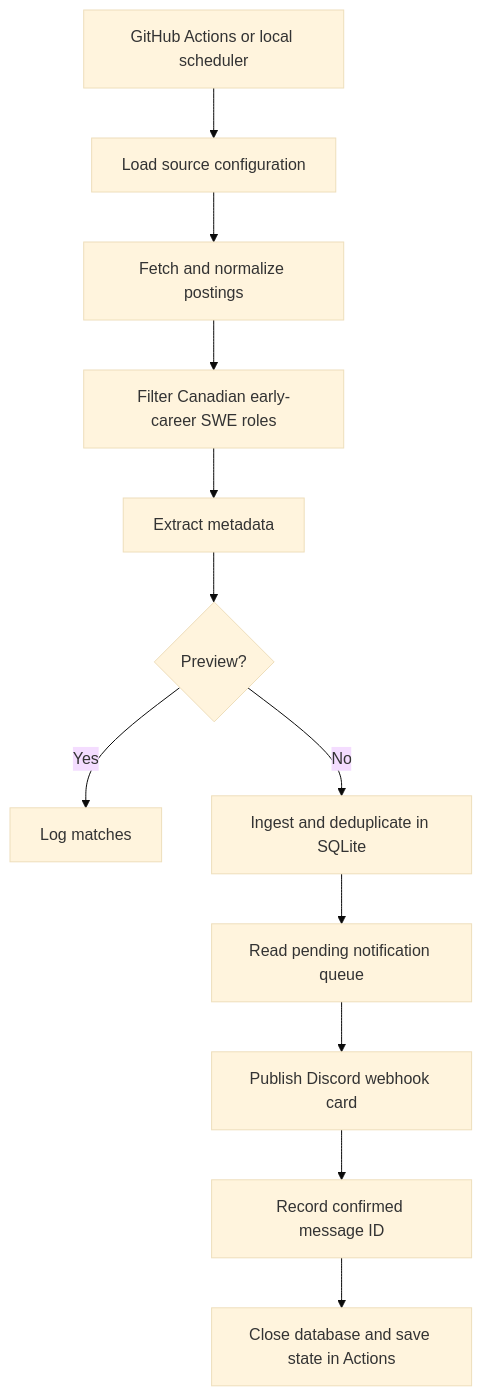
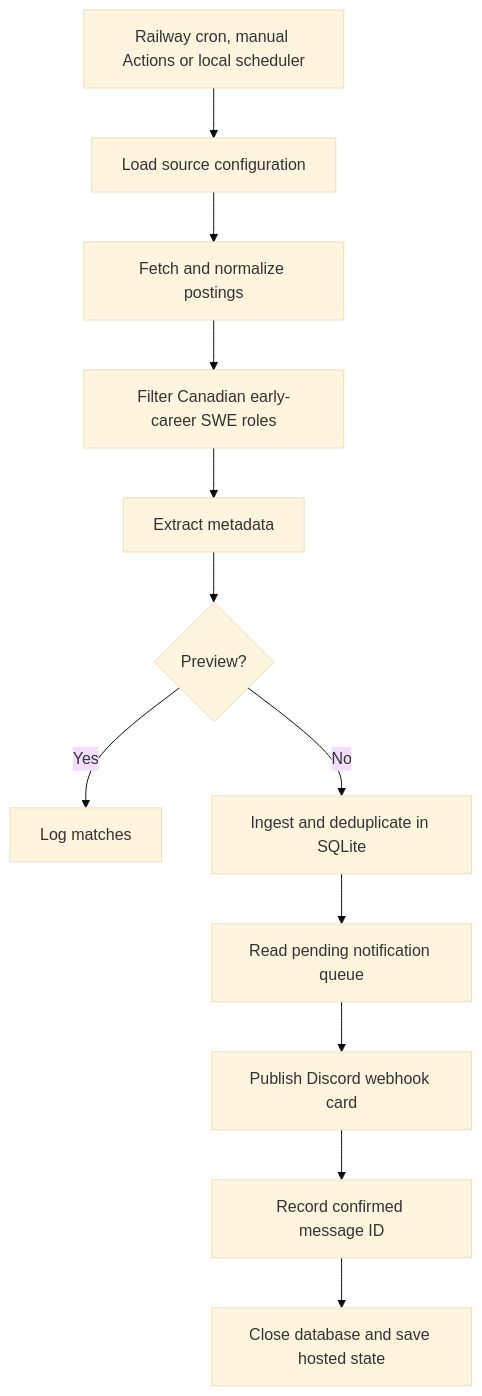
The first of 2 diagrams in docs/architecture.md (thomastran117/discord-work-bot), drawn with Mermaid (base theme) before and after one commit. The commit also changed other lines of this file and 8 other files, not shown here.

Commit message:
Run scheduled polling on Railway with shared manual execution lock

```diff
--- a/docs/architecture.md
+++ b/docs/architecture.md
@@ -9,14 +9,14 @@
 ~~~mermaid
 flowchart TD
-    A[GitHub Actions or local scheduler] --> B[Load source configuration]
+    A[Railway cron, manual Actions or local scheduler] --> B[Load source configuration]
     B --> C[Fetch and normalize postings]
     C --> D[Filter Canadian early-career SWE roles]
     D --> E[Extract metadata]
     E --> F{Preview?}
     F -- Yes --> G[Log matches]
     F -- No --> H[Ingest and deduplicate in SQLite]
     H --> I[Read pending notification queue]
     I --> J[Publish Discord webhook card]
     J --> K[Record confirmed message ID]
-    K --> L[Close database and save state in Actions]
+    K --> L[Close database and save hosted state]
 ~~~
```
